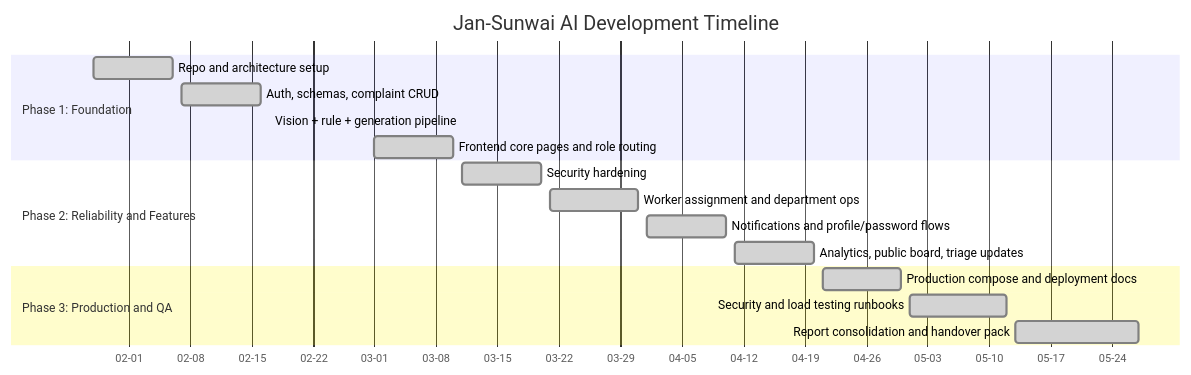
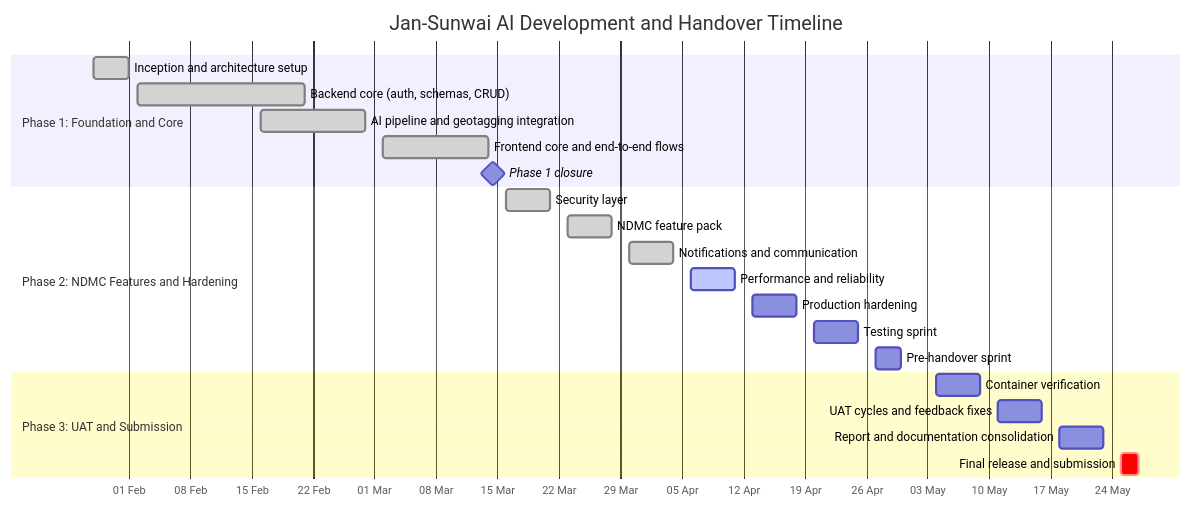
Before and after one commit to ark5234/Jan-Sunwai-AI: the first of 2 diagrams in docs/reports/PROJECT_TIMELINE.md, drawn with Mermaid. The commit also changed other lines of this file and 2 other files, not shown here.

Commit message:
docs: update README and API reference for improved clarity and structure; enhance project timeline with detailed progress log

````diff
--- a/docs/reports/PROJECT_TIMELINE.md
+++ b/docs/reports/PROJECT_TIMELINE.md
@@ -17,23 +13,28 @@
 ```mermaid
 gantt
-    title Jan-Sunwai AI Development Timeline
-    dateFormat  YYYY-MM-DD
-    axisFormat  %m-%d
+        title Jan-Sunwai AI Development and Handover Timeline
+        dateFormat  YYYY-MM-DD
+        axisFormat  %d %b
 
-    section Phase 1: Foundation
-    Repo and architecture setup              :done, p1a, 2026-01-28, 2026-02-06
-    Auth, schemas, complaint CRUD            :done, p1b, 2026-02-07, 2026-02-16
-    Vision + rule + generation pipeline      :done, p1c, 2026-02-17, 2026-02-29
-    Frontend core pages and role routing     :done, p1d, 2026-03-01, 2026-03-10
+        section Phase 1: Foundation and Core
+        Inception and architecture setup         :done, p1a, 2026-01-28, 2026-02-01
+        Backend core (auth, schemas, CRUD)      :done, p1b, 2026-02-02, 2026-02-21
+        AI pipeline and geotagging integration  :done, p1c, 2026-02-16, 2026-02-28
+        Frontend core and end-to-end flows      :done, p1d, 2026-03-02, 2026-03-14
+        Phase 1 closure                          :milestone, p1m, 2026-03-14, 1d
 
-    section Phase 2: Reliability and Features
-    Security hardening                       :done, p2a, 2026-03-11, 2026-03-20
-    Worker assignment and department ops     :done, p2b, 2026-03-21, 2026-03-31
-    Notifications and profile/password flows :done, p2c, 2026-04-01, 2026-04-10
-    Analytics, public board, triage updates  :done, p2d, 2026-04-11, 2026-04-20
+        section Phase 2: NDMC Features and Hardening
+        Security layer                            :done, p2a, 2026-03-16, 2026-03-21
+        NDMC feature pack                         :done, p2b, 2026-03-23, 2026-03-28
+        Notifications and communication           :done, p2c, 2026-03-30, 2026-04-04
+        Performance and reliability               :active, p2d, 2026-04-06, 2026-04-11
+        Production hardening                      :p2e, 2026-04-13, 2026-04-18
+        Testing sprint                            :p2f, 2026-04-20, 2026-04-25
+        Pre-handover sprint                       :p2g, 2026-04-27, 2026-04-30
 
-    section Phase 3: Production and QA
-    Production compose and deployment docs   :done, p3a, 2026-04-21, 2026-04-30
-    Security and load testing runbooks       :done, p3b, 2026-05-01, 2026-05-12
-    Report consolidation and handover pack   :done, p3c, 2026-05-13, 2026-05-27
+        section Phase 3: UAT and Submission
+        Container verification                    :p3a, 2026-05-04, 2026-05-09
+        UAT cycles and feedback fixes             :p3b, 2026-05-11, 2026-05-16
+        Report and documentation consolidation    :p3c, 2026-05-18, 2026-05-23
+        Final release and submission              :crit, p3d, 2026-05-25, 2026-05-27
 ```
````
